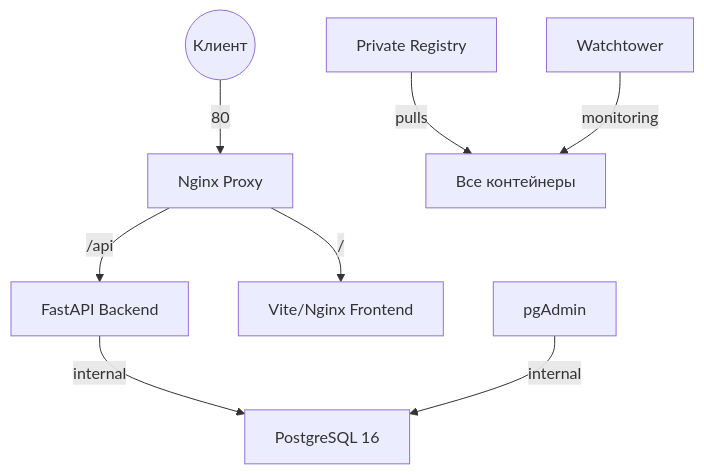
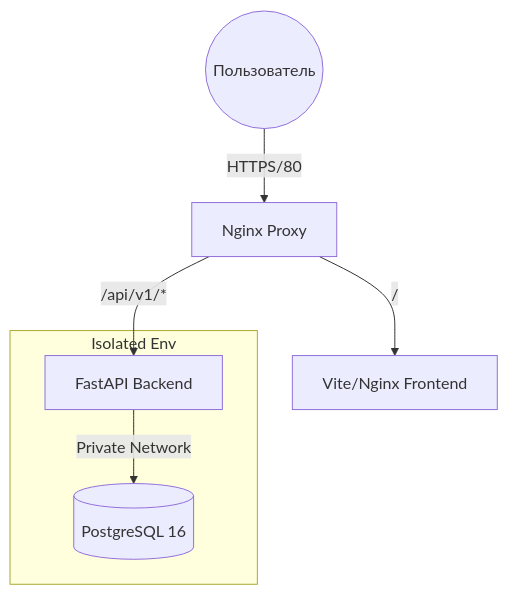
One commit to yuriy5mol/business-test changed the diagram in README.md. Above: the diagram before and after it, drawn with Mermaid. The commit also changed other lines of this file and 23 other files, not shown here.

Commit message:
feat: implement full-stack admin dashboard with analytics tracking and API routing

````diff
--- a/README.md
+++ b/README.md
@@ -9,10 +14,12 @@
 ```mermaid
 graph TD
-    Client((Клиент)) -- 80 --> Nginx[Nginx Proxy]
-    Nginx -- /api --> Backend[FastAPI Backend]
+    Client((Пользователь)) -- HTTPS/80 --> Nginx[Nginx Proxy]
+    Nginx -- /api/v1/* --> Backend[FastAPI Backend]
     Nginx -- / --> Frontend[Vite/Nginx Frontend]
-    Backend -- internal --> Postgres[PostgreSQL 16]
-    pgAdmin -- internal --> Postgres
-    Registry[Private Registry] -- pulls --> AllContainers[Все контейнеры]
-    Watchtower[Watchtower] -- monitoring --> AllContainers
+    Backend -- Private Network --> Postgres[(PostgreSQL 16)]
+    
+    subgraph Isolated Env
+    Backend
+    Postgres
+    end
 ```
````
